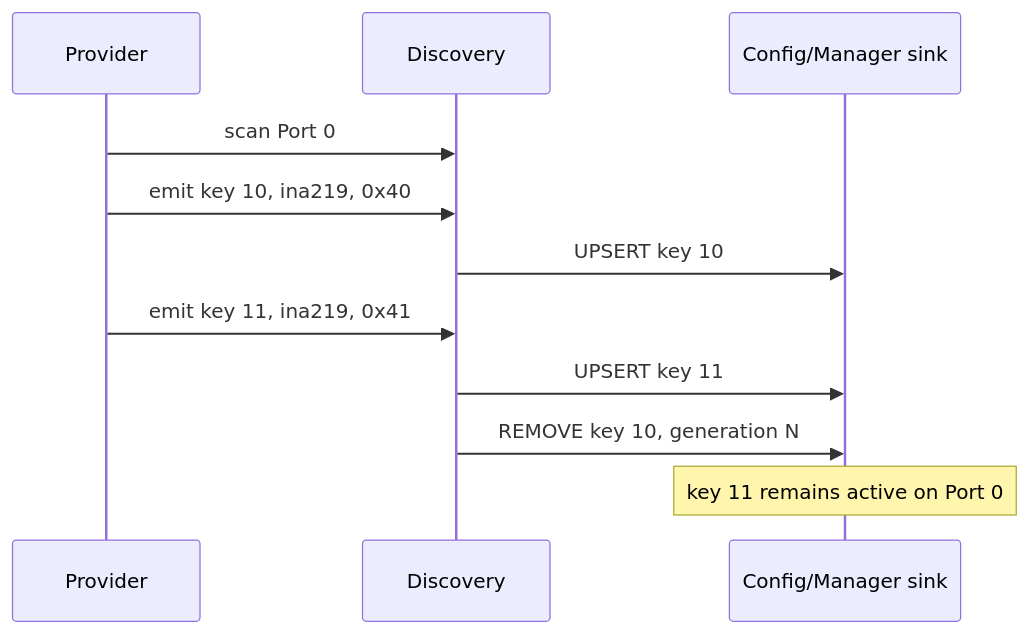
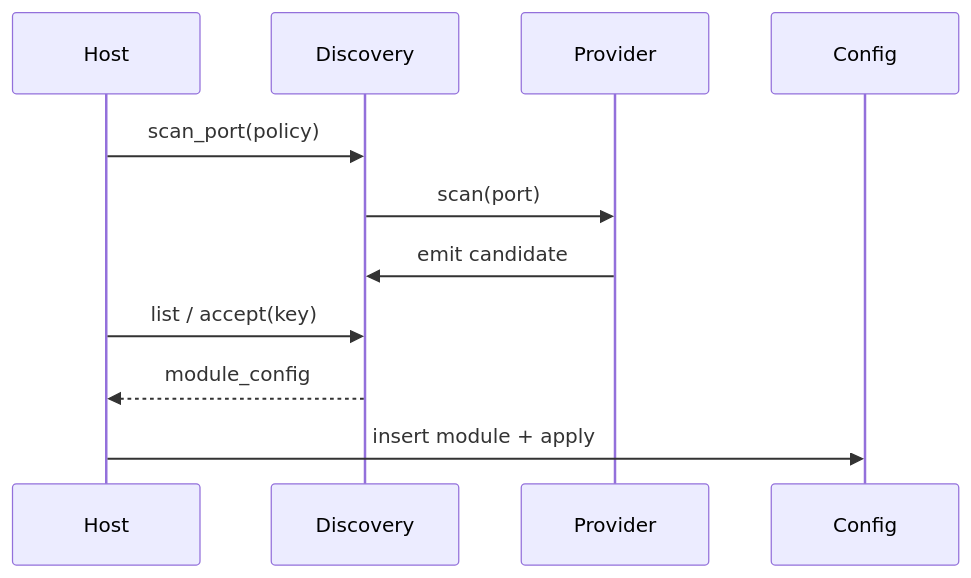
Before and after one commit to andreapiccini/SpaghettiLAB: the diagram in Firmware/core/subsys/discovery/README.md, drawn with Mermaid. The commit also changed other lines of this file and 22 other files, not shown here.

First line of the commit message:
add multi-provider Discovery with candidate accept/reject

````diff
--- a/Firmware/core/subsys/discovery/README.md
+++ b/Firmware/core/subsys/discovery/README.md
@@ -102,13 +84,13 @@
 ```mermaid
 sequenceDiagram
+    participant Host
+    participant Discovery
     participant Provider
-    participant Discovery
-    participant Sink as Config/Manager sink
-    Provider->>Discovery: scan Port 0
-    Provider->>Discovery: emit key 10, ina219, 0x40
-    Discovery->>Sink: UPSERT key 10
-    Provider->>Discovery: emit key 11, ina219, 0x41
-    Discovery->>Sink: UPSERT key 11
-    Discovery->>Sink: REMOVE key 10, generation N
-    Note over Sink: key 11 remains active on Port 0
+    participant Config
+    Host->>Discovery: scan_port(policy)
+    Discovery->>Provider: scan(port)
+    Provider->>Discovery: emit candidate
+    Host->>Discovery: list / accept(key)
+    Discovery-->>Host: module_config
+    Host->>Config: insert module + apply
 ```
````
